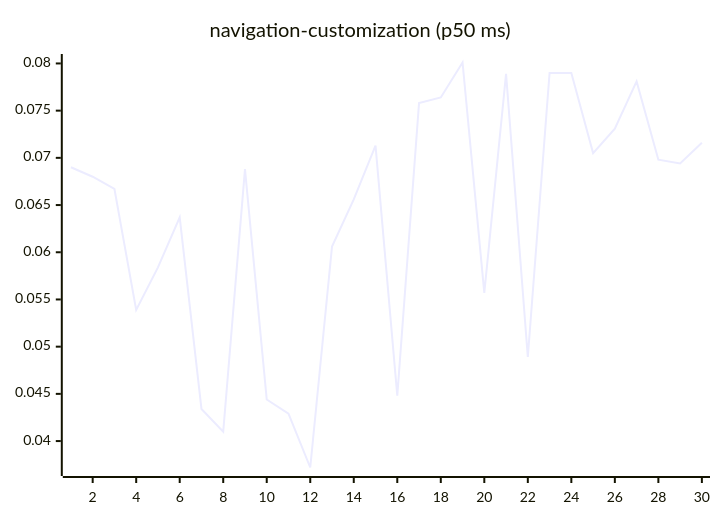
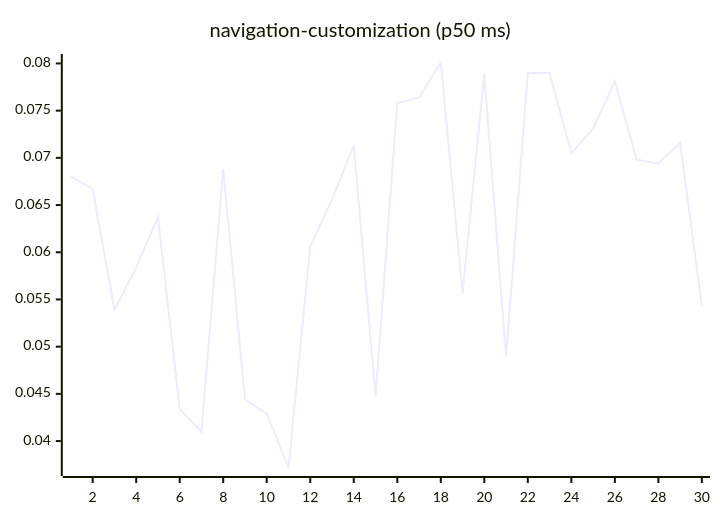
Before and after one commit to josha/Facet: diagram 15 of 27 in README.md, drawn with Mermaid. The commit also changed other lines of this file and 2 other files, not shown here.

````diff
--- a/README.md
+++ b/README.md
@@ -161,6 +161,6 @@
 ```mermaid
 xychart-beta
     title "navigation-customization (p50 ms)"
     x-axis 1 --> 30
-    line [0.0690, 0.0680, 0.0667, 0.0539, 0.0584, 0.0637, 0.0434, 0.0410, 0.0688, 0.0444, 0.0429, 0.0372, 0.0606, 0.0656, 0.0713, 0.0448, 0.0758, 0.0764, 0.0801, 0.0557, 0.0789, 0.0489, 0.0790, 0.0790, 0.0705, 0.0731, 0.0781, 0.0698, 0.0694, 0.0716]
+    line [0.0680, 0.0667, 0.0539, 0.0584, 0.0637, 0.0434, 0.0410, 0.0688, 0.0444, 0.0429, 0.0372, 0.0606, 0.0656, 0.0713, 0.0448, 0.0758, 0.0764, 0.0801, 0.0557, 0.0789, 0.0489, 0.0790, 0.0790, 0.0705, 0.0731, 0.0781, 0.0698, 0.0694, 0.0716, 0.0543]
 ```
````
